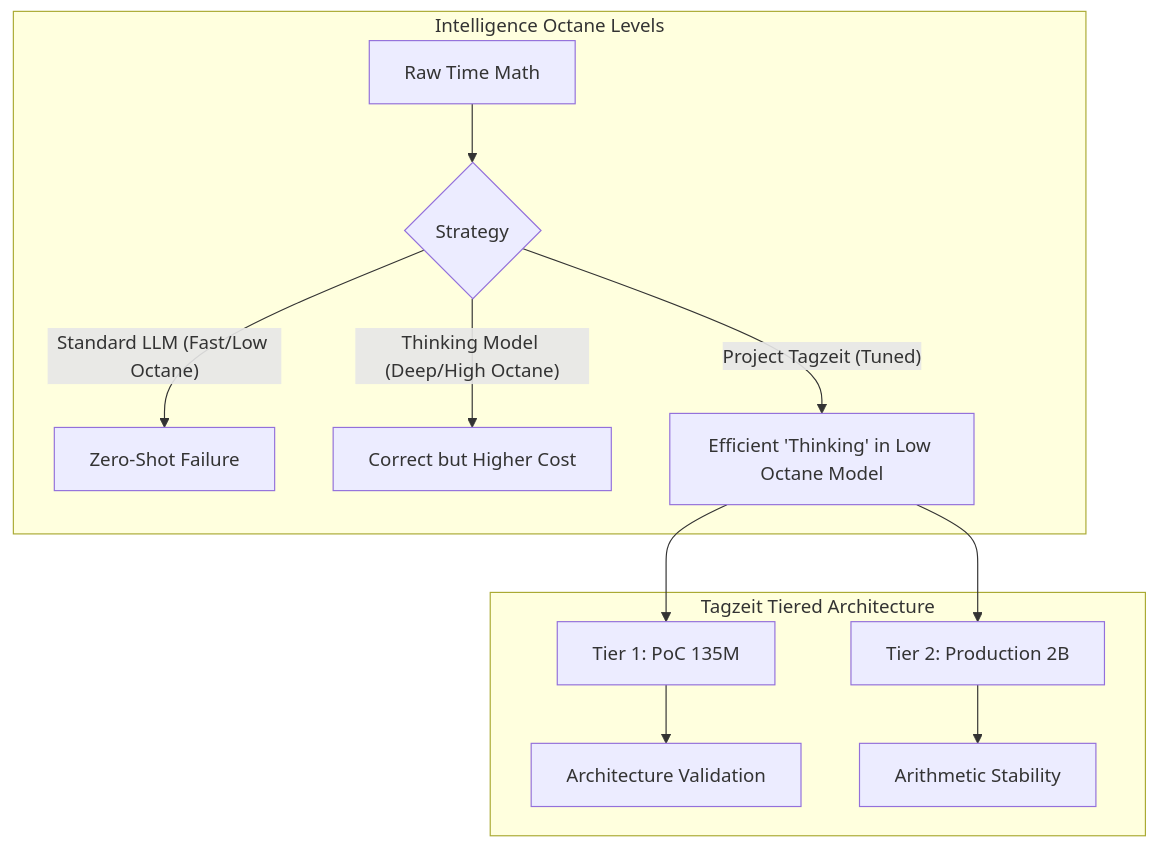
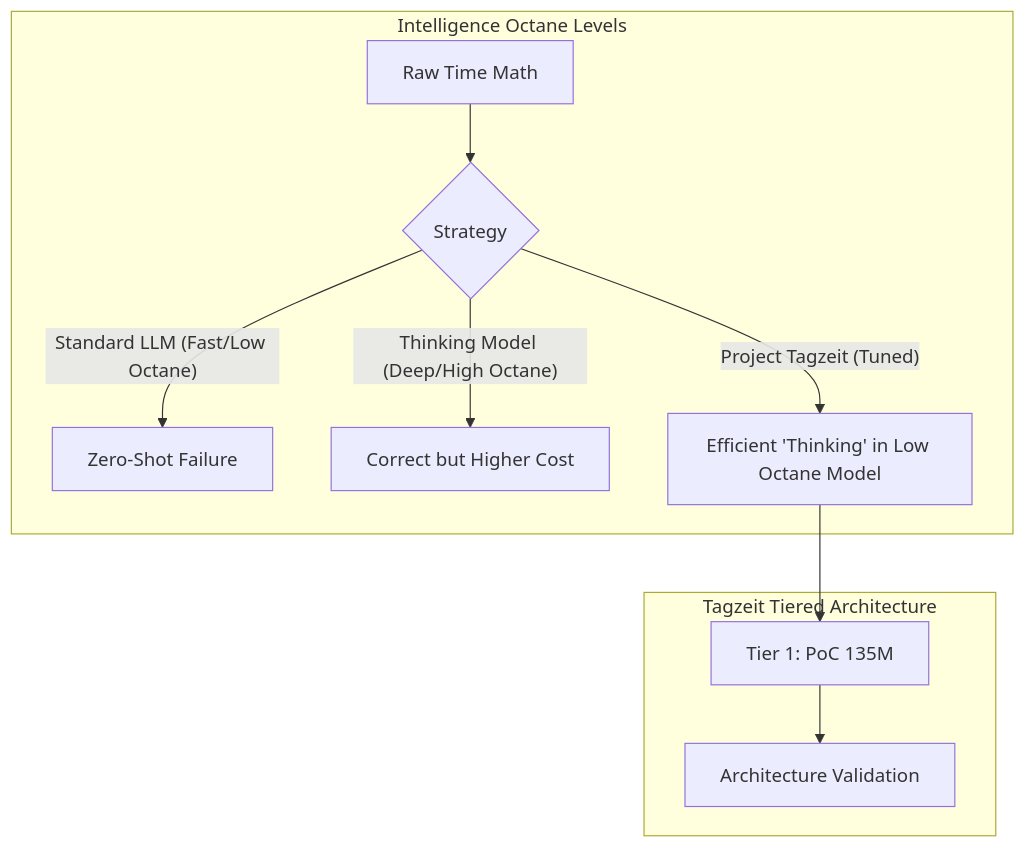
Before and after one commit to mgosal/tagzeit-gemma-2b: the diagram in README.md, drawn with Mermaid. The commit also changed other lines of this file, not shown here.

Commit message:
Refactor: Remove production-specific documentation and tiers

````diff
--- a/README.md
+++ b/README.md
@@ -17,16 +16,14 @@
 ```mermaid
 graph TD
     subgraph "Intelligence Octane Levels"
     A[Raw Time Math] --> B{Strategy}
     B -- "Standard LLM (Fast/Low Octane)" --> C[Zero-Shot Failure]
     B -- "Thinking Model (Deep/High Octane)" --> D[Correct but Higher Cost]
     B -- "Project Tagzeit (Tuned)" --> E[Efficient 'Thinking' in Low Octane Model]
     end
 
     subgraph "Tagzeit Tiered Architecture"
     E --> F[Tier 1: PoC 135M]
-    E --> G[Tier 2: Production 2B]
     F --> H[Architecture Validation]
-    G --> I[Arithmetic Stability]
     end
 ```
````
